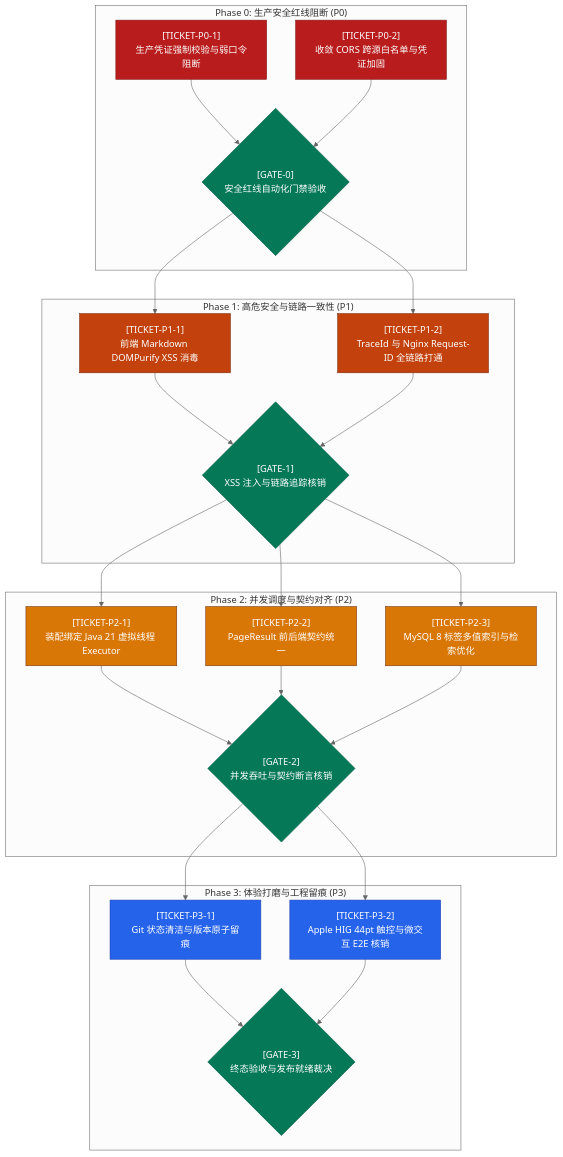
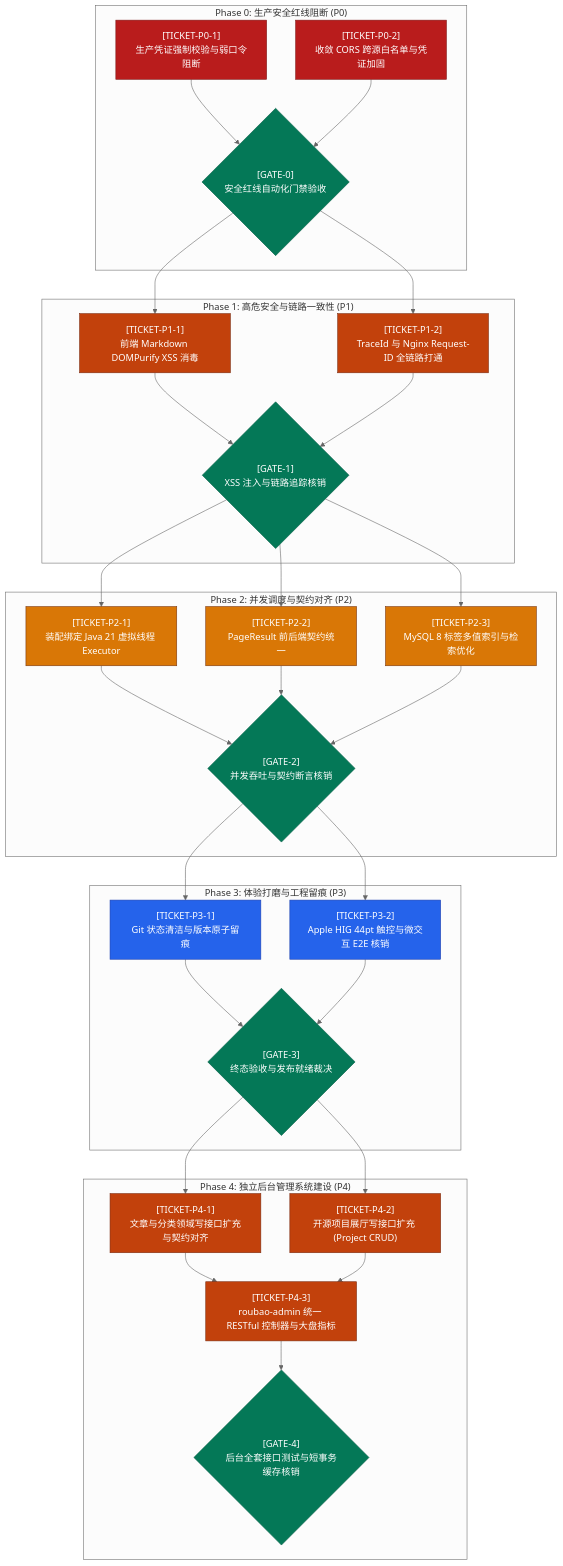
One commit to happypig1224/roubao changed the diagram in docs/process.md. Above: the diagram before and after it, drawn with Mermaid (neutral theme). The commit also changed other lines of this file and 31 other files, not shown here.

First line of the commit message:
feat(admin): implement Phase 1 admin domain services and RESTful APIs

````diff
--- a/docs/process.md
+++ b/docs/process.md
@@ -31,49 +31,61 @@
 ```mermaid
 flowchart TD
     classDef p0 fill:#b91c1c,stroke:#7f1d1d,color:#fff;
     classDef p1 fill:#c2410c,stroke:#7c2d12,color:#fff;
     classDef p2 fill:#d97706,stroke:#78350f,color:#fff;
     classDef p3 fill:#2563eb,stroke:#1e40af,color:#fff;
     classDef gate fill:#047857,stroke:#065f46,color:#fff;
 
     subgraph S_P0["Phase 0: 生产安全红线阻断 (P0)"]
         T_P0_1["[TICKET-P0-1]<br>生产凭证强制校验与弱口令阻断"]:::p0
         T_P0_2["[TICKET-P0-2]<br>收敛 CORS 跨源白名单与凭证加固"]:::p0
         V_P0{"[GATE-0]<br>安全红线自动化门禁验收"}:::gate
         T_P0_1 --> V_P0
         T_P0_2 --> V_P0
     end
 
     subgraph S_P1["Phase 1: 高危安全与链路一致性 (P1)"]
         T_P1_1["[TICKET-P1-1]<br>前端 Markdown DOMPurify XSS 消毒"]:::p1
         T_P1_2["[TICKET-P1-2]<br>TraceId 与 Nginx Request-ID 全链路打通"]:::p1
         V_P1{"[GATE-1]<br>XSS 注入与链路追踪核销"}:::gate
         V_P0 --> T_P1_1
         V_P0 --> T_P1_2
         T_P1_1 --> V_P1
         T_P1_2 --> V_P1
     end
 
     subgraph S_P2["Phase 2: 并发调度与契约对齐 (P2)"]
         T_P2_1["[TICKET-P2-1]<br>装配绑定 Java 21 虚拟线程 Executor"]:::p2
         T_P2_2["[TICKET-P2-2]<br>PageResult 前后端契约统一"]:::p2
         T_P2_3["[TICKET-P2-3]<br>MySQL 8 标签多值索引与检索优化"]:::p2
         V_P2{"[GATE-2]<br>并发吞吐与契约断言核销"}:::gate
         V_P1 --> T_P2_1
         V_P1 --> T_P2_2
         V_P1 --> T_P2_3
         T_P2_1 --> V_P2
         T_P2_2 --> V_P2
         T_P2_3 --> V_P2
     end
 
     subgraph S_P3["Phase 3: 体验打磨与工程留痕 (P3)"]
         T_P3_1["[TICKET-P3-1]<br>Git 状态清洁与版本原子留痕"]:::p3
         T_P3_2["[TICKET-P3-2]<br>Apple HIG 44pt 触控与微交互 E2E 核销"]:::p3
         V_P3{"[GATE-3]<br>终态验收与发布就绪裁决"}:::gate
         V_P2 --> T_P3_1
         V_P2 --> T_P3_2
         T_P3_1 --> V_P3
         T_P3_2 --> V_P3
     end
+
+    subgraph S_P4["Phase 4: 独立后台管理系统建设 (P4)"]
+        T_P4_1["[TICKET-P4-1]<br>文章与分类领域写接口扩充与契约对齐"]:::p1
+        T_P4_2["[TICKET-P4-2]<br>开源项目展厅写接口扩充 (Project CRUD)"]:::p1
+        T_P4_3["[TICKET-P4-3]<br>roubao-admin 统一 RESTful 控制器与大盘指标"]:::p1
+        V_P4{"[GATE-4]<br>后台全套接口测试与短事务缓存核销"}:::gate
+        V_P3 --> T_P4_1
+        V_P3 --> T_P4_2
+        T_P4_1 --> T_P4_3
+        T_P4_2 --> T_P4_3
+        T_P4_3 --> V_P4
+    end
 ```
````
